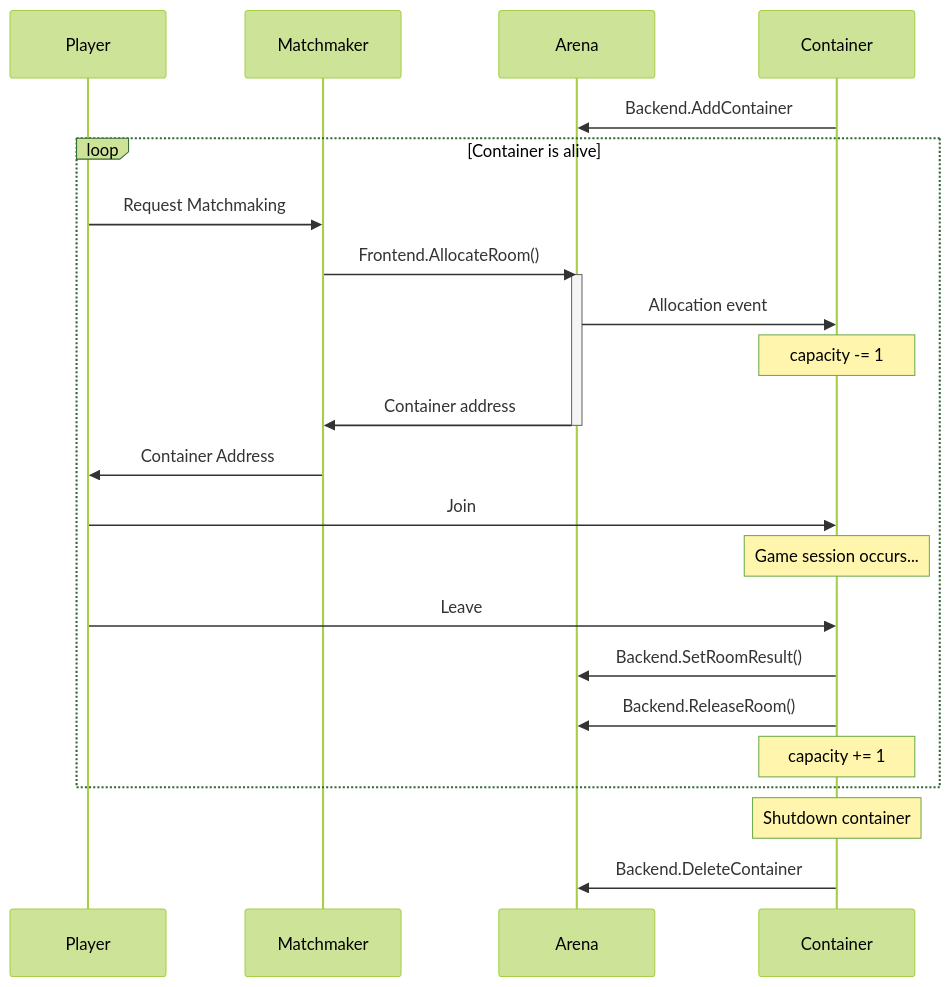
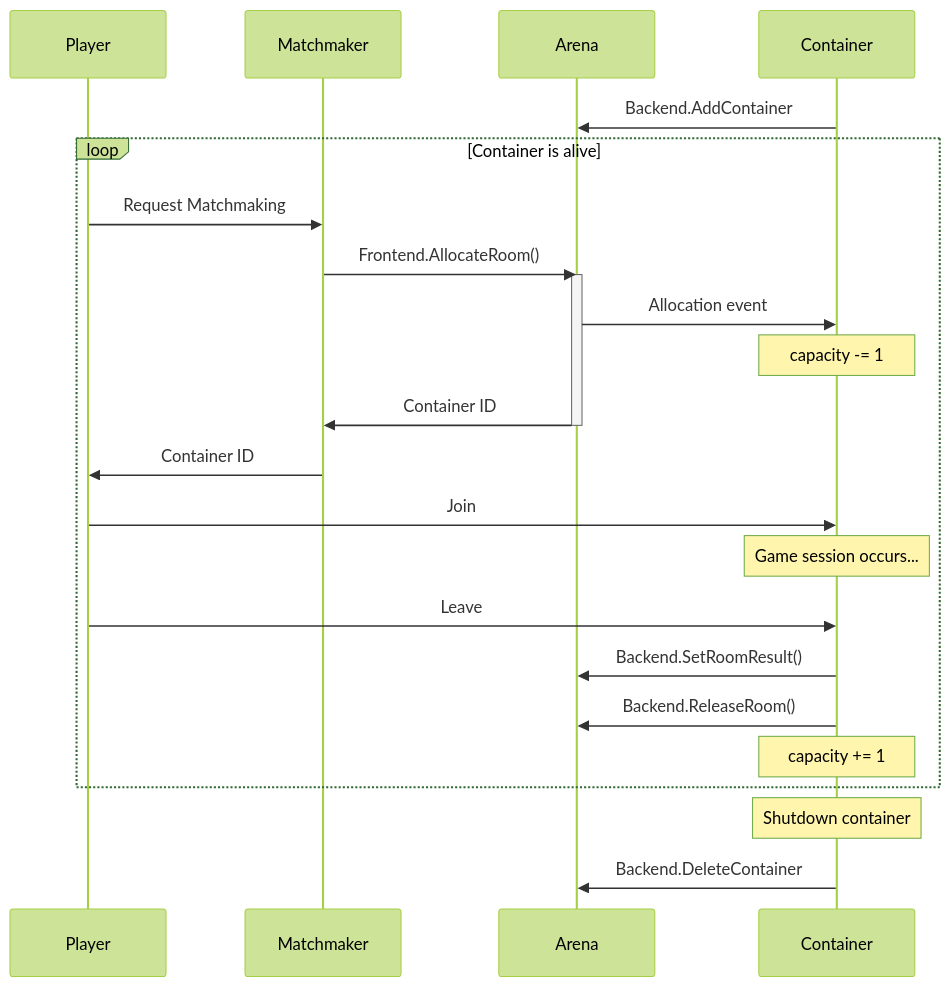
The diagram in README.md (castaneai/arena), drawn with Mermaid (forest theme) before and after one commit. The commit also changed other lines of this file and 9 other files, not shown here.

````diff
--- a/README.md
+++ b/README.md
@@ -21,28 +21,28 @@
 ```mermaid
 sequenceDiagram
     participant Player
     participant Matchmaker
     participant Arena
     participant Container
 
     Container ->> Arena: Backend.AddContainer
     loop Container is alive
         Player ->> Matchmaker: Request Matchmaking
         Matchmaker ->> Arena: Frontend.AllocateRoom()
         activate Arena
         Arena ->> Container: Allocation event
         Note over Container: capacity -= 1
-        Arena ->> Matchmaker: Container address
+        Arena ->> Matchmaker: Container ID
         deactivate Arena
-        Matchmaker ->> Player: Container Address
+        Matchmaker ->> Player: Container ID
 
         Player ->> Container: Join
         Note over Container: Game session occurs...
         Player ->> Container: Leave
         Container ->> Arena: Backend.SetRoomResult()
         Container ->> Arena: Backend.ReleaseRoom()
         Note over Container: capacity += 1
     end
     Note over Container: Shutdown container
     Container ->> Arena: Backend.DeleteContainer
 ```
````
